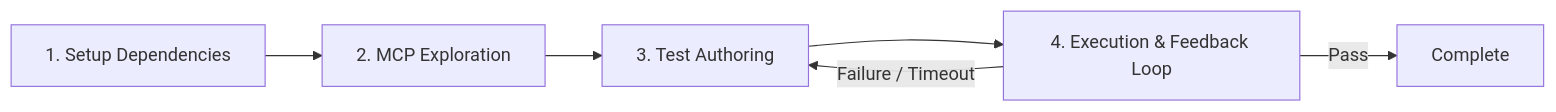
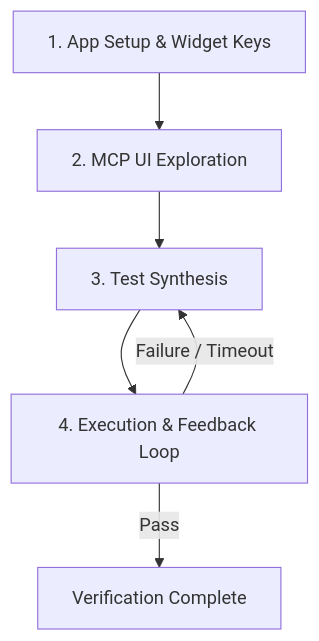
Before and after one commit to anoochit/todo_riverpod_drift: the third of 3 diagrams in article-testing.md, drawn with Mermaid. The commit also changed other lines of this file, not shown here.

````diff
--- a/article-testing.md
+++ b/article-testing.md
@@ -112,8 +162,8 @@
 ```mermaid
-flowchart LR
-    A[1. Setup Dependencies] --> B[2. MCP Exploration]
-    B --> C[3. Test Authoring]
+flowchart TB
+    A[1. App Setup & Widget Keys] --> B[2. MCP UI Exploration]
+    B --> C[3. Test Synthesis]
     C --> D[4. Execution & Feedback Loop]
     D -->|Failure / Timeout| C
-    D -->|Pass| E[Complete]
+    D -->|Pass| E[Verification Complete]
 ```
````
